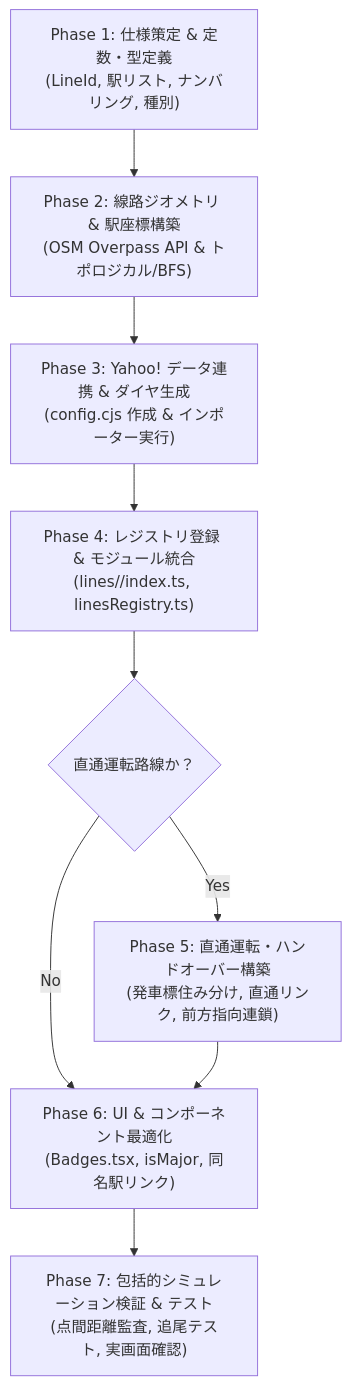
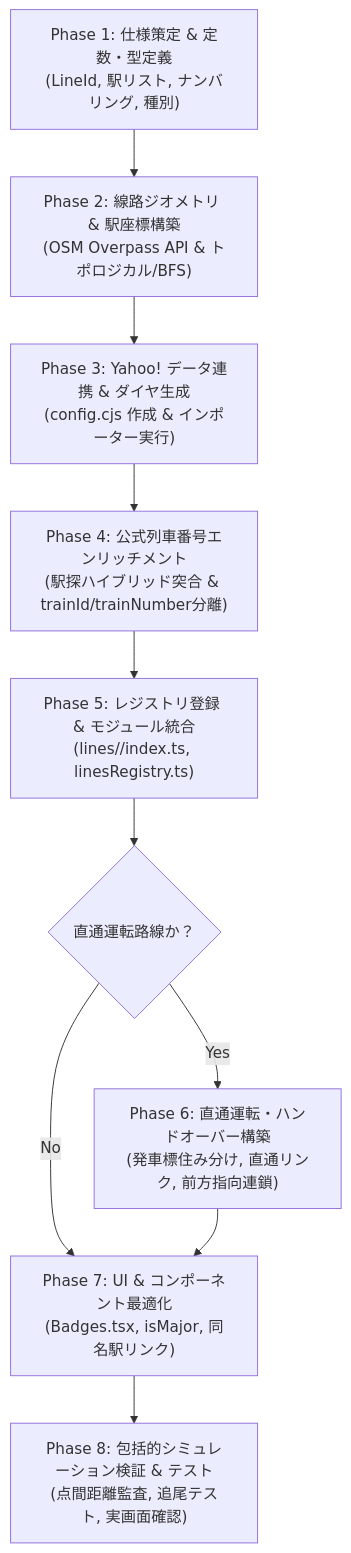
One commit to GenbuHase/Trainfo changed the first of 3 diagrams in docs/ROUTE_EXPANSION_PLAYBOOK.md. Above: the diagram before and after it, drawn with Mermaid. The commit also changed other lines of this file, not shown here.

````diff
--- a/docs/ROUTE_EXPANSION_PLAYBOOK.md
+++ b/docs/ROUTE_EXPANSION_PLAYBOOK.md
@@ -55,11 +55,12 @@
 ```mermaid
 flowchart TD
     P1["Phase 1: 仕様策定 & 定数・型定義<br/>(LineId, 駅リスト, ナンバリング, 種別)"] --> P2["Phase 2: 線路ジオメトリ & 駅座標構築<br/>(OSM Overpass API & トポロジカル/BFS)"]
     P2 --> P3["Phase 3: Yahoo! データ連携 & ダイヤ生成<br/>(config.cjs 作成 & インポーター実行)"]
-    P3 --> P4["Phase 4: レジストリ登録 & モジュール統合<br/>(lines/<lineId>/index.ts, linesRegistry.ts)"]
-    P4 --> P5{"直通運転路線か？"}
-    P5 -- "Yes" --> P5_1["Phase 5: 直通運転・ハンドオーバー構築<br/>(発車標住み分け, 直通リンク, 前方指向連鎖)"]
-    P5 -- "No" --> P6["Phase 6: UI & コンポーネント最適化<br/>(Badges.tsx, isMajor, 同名駅リンク)"]
-    P5_1 --> P6
-    P6 --> P7["Phase 7: 包括的シミュレーション検証 & テスト<br/>(点間距離監査, 追尾テスト, 実画面確認)"]
+    P3 --> P4["Phase 4: 公式列車番号エンリッチメント<br/>(駅探ハイブリッド突合 & trainId/trainNumber分離)"]
+    P4 --> P5["Phase 5: レジストリ登録 & モジュール統合<br/>(lines/<lineId>/index.ts, linesRegistry.ts)"]
+    P5 --> P6{"直通運転路線か？"}
+    P6 -- "Yes" --> P6_1["Phase 6: 直通運転・ハンドオーバー構築<br/>(発車標住み分け, 直通リンク, 前方指向連鎖)"]
+    P6 -- "No" --> P7["Phase 7: UI & コンポーネント最適化<br/>(Badges.tsx, isMajor, 同名駅リンク)"]
+    P6_1 --> P7
+    P7 --> P8["Phase 8: 包括的シミュレーション検証 & テスト<br/>(点間距離監査, 追尾テスト, 実画面確認)"]
 ```
````
